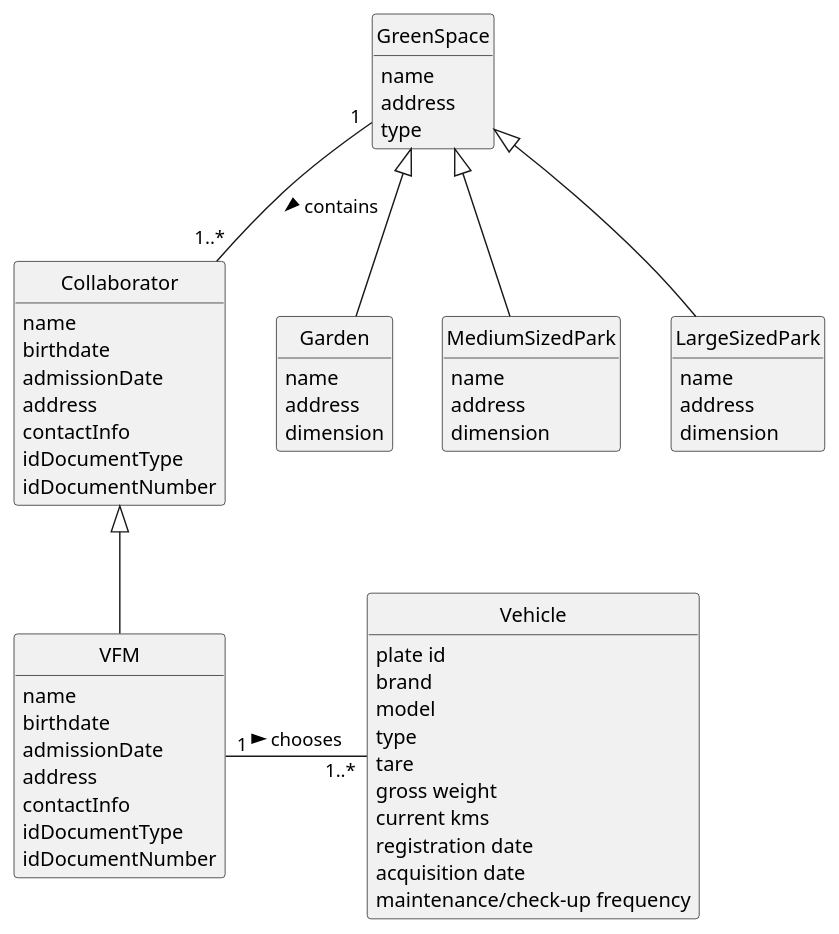
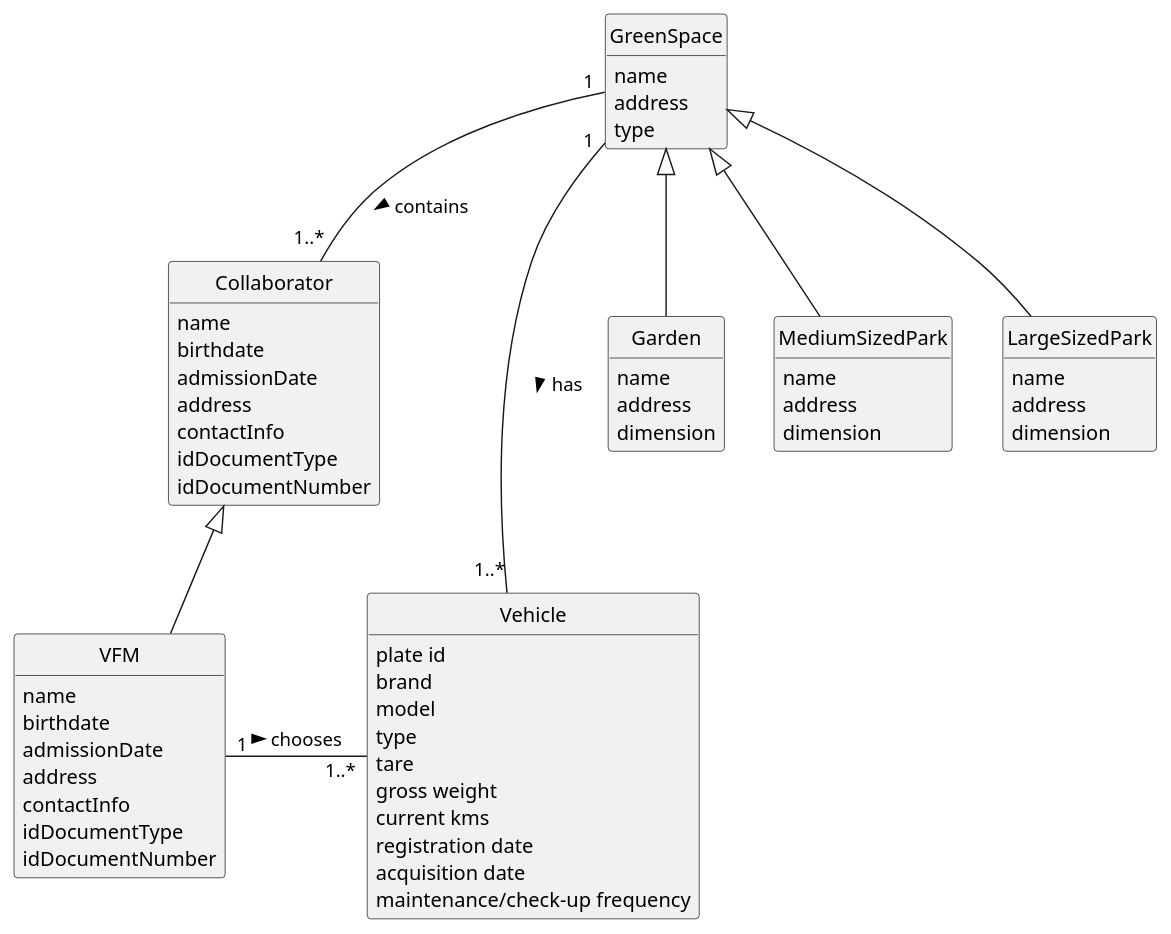
Before and after one commit to diogoveirospro/lei-24-s2-1dg-g072: the diagram in docs/sprintA/us007/02.analysis/puml/us007-domain-model.puml, drawn with PlantUML. The commit also changed 1 other file, not shown here.

```diff
--- a/docs/sprintA/us007/02.analysis/puml/us007-domain-model.puml
+++ b/docs/sprintA/us007/02.analysis/puml/us007-domain-model.puml
@@ -1,75 +1,76 @@
 @startuml
 skinparam monochrome true
 skinparam packageStyle rectangle
 skinparam shadowing false
 
 'left to right direction
 
 skinparam classAttributeIconSize 0
 hide circles
 hide methods
 
 class Collaborator {
     name
     birthdate
     admissionDate
     address
     contactInfo
     idDocumentType
     idDocumentNumber
 }
 
 class VFM{
     name
     birthdate
     admissionDate
     address
     contactInfo
     idDocumentType
     idDocumentNumber
 }
 
 class Vehicle{
     plate id
     brand
     model
     type
     tare
     gross weight
     current kms
     registration date
     acquisition date
     maintenance/check-up frequency
 }
 
 class GreenSpace {
     name
     address
     type
 }
 
 class Garden {
     name
     address
     dimension
 }
 
 class MediumSizedPark {
     name
     address
     dimension
 }
 
 class LargeSizedPark {
     name
     address
     dimension
 }
 
 Collaborator <|-- VFM
 VFM "1"-"   1..*" Vehicle: chooses >
 GreenSpace "1" -- "1..*" Collaborator: contains >
+GreenSpace "1" -- "1..*" Vehicle: has >
 GreenSpace <|-- Garden
 GreenSpace <|-- MediumSizedPark
 GreenSpace <|-- LargeSizedPark
 @enduml
```
